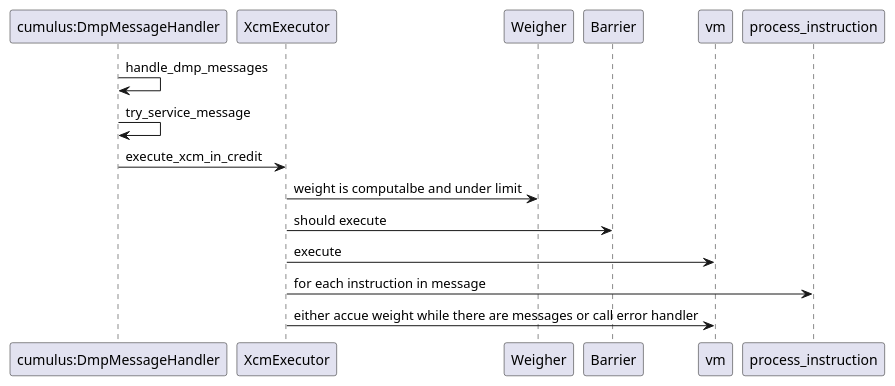
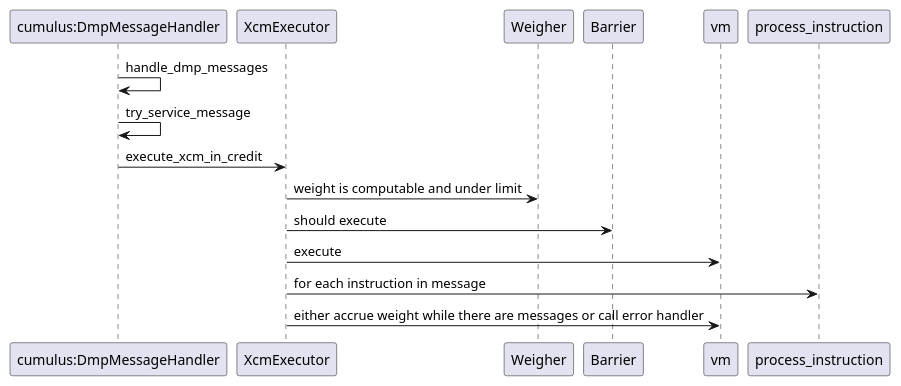
Before and after one commit to ComposableFi/composable: the diagram in utils/xcmp/xcmp.sequence.plantuml, drawn with PlantUML. The commit also changed 82 other files, not shown here.

```diff
--- a/utils/xcmp/xcmp.sequence.plantuml
+++ b/utils/xcmp/xcmp.sequence.plantuml
@@ -1,11 +1,11 @@
 @startuml
 ' pure Cumulus/Polkadot, not ORML flow
 "cumulus:DmpMessageHandler"  -> "cumulus:DmpMessageHandler": handle_dmp_messages
 "cumulus:DmpMessageHandler"  -> "cumulus:DmpMessageHandler": try_service_message
 "cumulus:DmpMessageHandler" -> XcmExecutor: execute_xcm_in_credit
-XcmExecutor -> Weigher : weight is computalbe and under limit
+XcmExecutor -> Weigher : weight is computable and under limit
 XcmExecutor -> Barrier : should execute
 XcmExecutor -> vm : execute
 XcmExecutor  -> process_instruction: for each instruction in message 
-XcmExecutor -> vm : either accue weight while there are messages or call error handler
+XcmExecutor -> vm : either accrue weight while there are messages or call error handler
 @enduml
```
